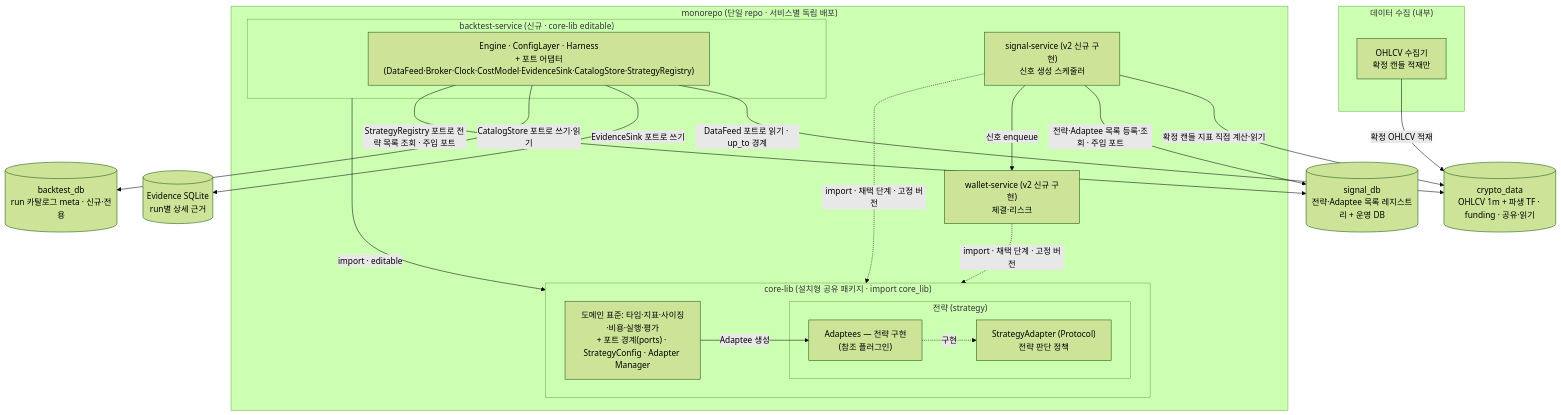
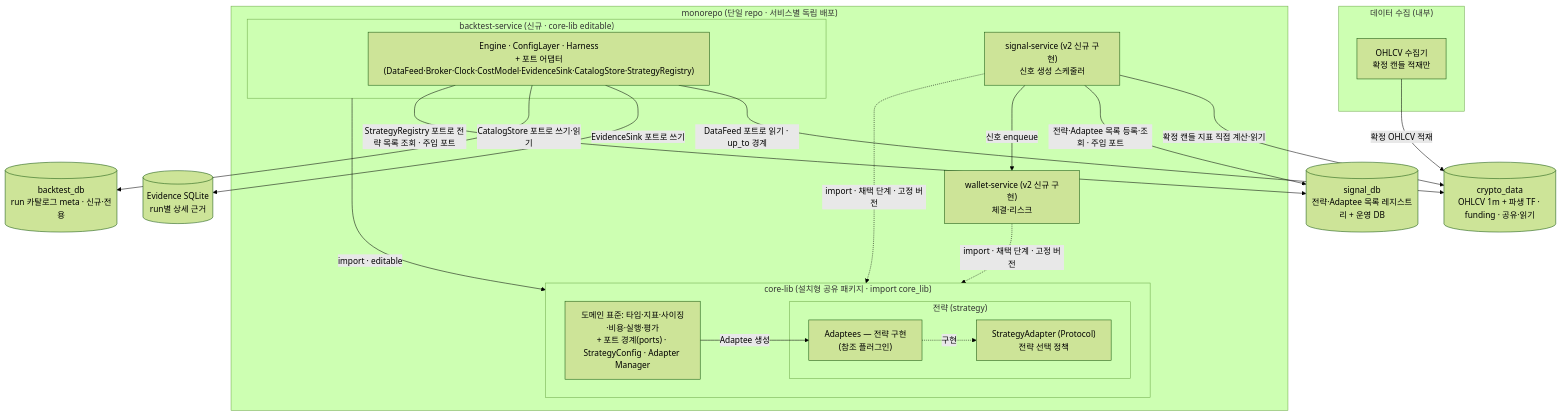
The first of 38 diagrams in docs/fullspec/backtest_v2_detailed_design.md (vessel35/trading-system-v2), drawn with Mermaid (forest theme) before and after one commit. The commit also changed other lines of this file and 2 other files, not shown here.

````diff
--- a/docs/fullspec/backtest_v2_detailed_design.md
+++ b/docs/fullspec/backtest_v2_detailed_design.md
@@ -165,41 +165,41 @@
 ```mermaid
 flowchart TD
     subgraph REPO["monorepo (단일 repo · 서비스별 독립 배포)"]
         subgraph CORELIB["core-lib (설치형 공유 패키지 · import core_lib)"]
             CORE["도메인 표준: 타입·지표·사이징·비용·실행·평가<br/>+ 포트 경계(ports) · StrategyConfig · Adapter Manager"]
             subgraph STRATBLK["전략 (strategy)"]
-                SADP["StrategyAdapter (Protocol)<br/>전략 판단 정책"]
+                SADP["StrategyAdapter (Protocol)<br/>전략 선택 정책"]
                 ADP["Adaptees — 전략 구현<br/>(참조 플러그인)"]
             end
         end
         subgraph BTS["backtest-service (신규 · core-lib editable)"]
             ENG["Engine · ConfigLayer · Harness<br/>+ 포트 어댑터(DataFeed·Broker·Clock·CostModel·EvidenceSink·CatalogStore·StrategyRegistry)"]
         end
         SS["signal-service (v2 신규 구현)<br/>신호 생성 스케줄러"]
         WS["wallet-service (v2 신규 구현)<br/>체결·리스크"]
     end
     subgraph COLLECT["데이터 수집 (내부)"]
         COLL["OHLCV 수집기<br/>확정 캔들 적재만"]
     end
     CD[("crypto_data<br/>OHLCV 1m + 파생 TF · funding · 공유·읽기")]
     PG[("backtest_db<br/>run 카탈로그 meta · 신규·전용")]
     SDB[("signal_db<br/>전략·Adaptee 목록 레지스트리 + 운영 DB")]
     SQ[("Evidence SQLite<br/>run별 상세 근거")]
 
     ADP -.->|구현| SADP
     CORE -->|Adaptee 생성| ADP
 
     BTS -->|import · editable| CORELIB
     SS -.->|import · 채택 단계 · 고정 버전| CORELIB
     WS -.->|import · 채택 단계 · 고정 버전| CORELIB
 
     ENG -->|DataFeed 포트로 읽기 · up_to 경계| CD
     ENG -->|EvidenceSink 포트로 쓰기| SQ
     ENG -->|CatalogStore 포트로 쓰기·읽기| PG
     ENG -->|StrategyRegistry 포트로 전략 목록 조회 · 주입 포트| SDB
 
     COLL -->|확정 OHLCV 적재| CD
     SS -->|확정 캔들 지표 직접 계산·읽기| CD
     SS -->|전략·Adaptee 목록 등록·조회 · 주입 포트| SDB
     SS -->|신호 enqueue| WS
 ```
````
